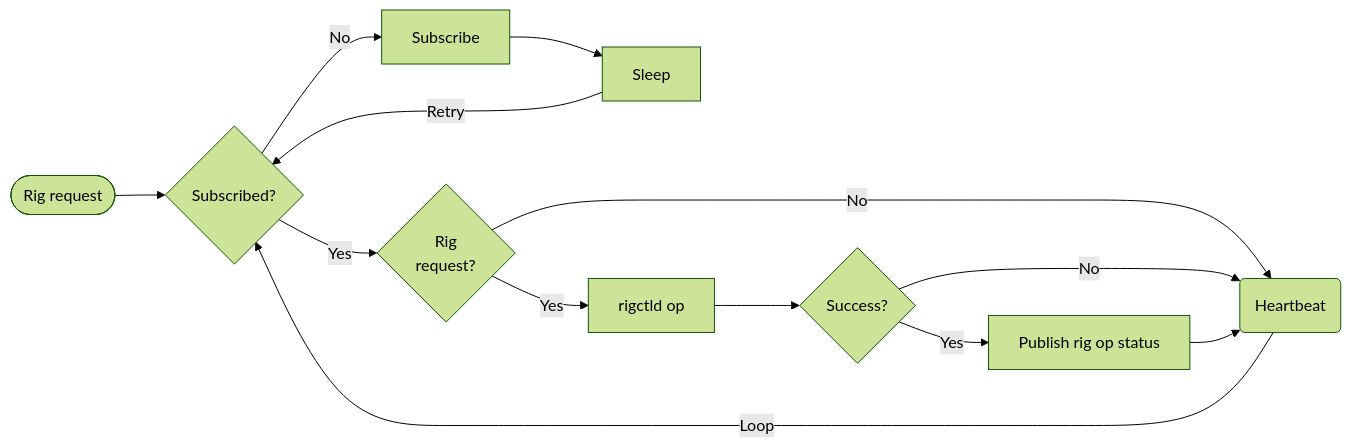
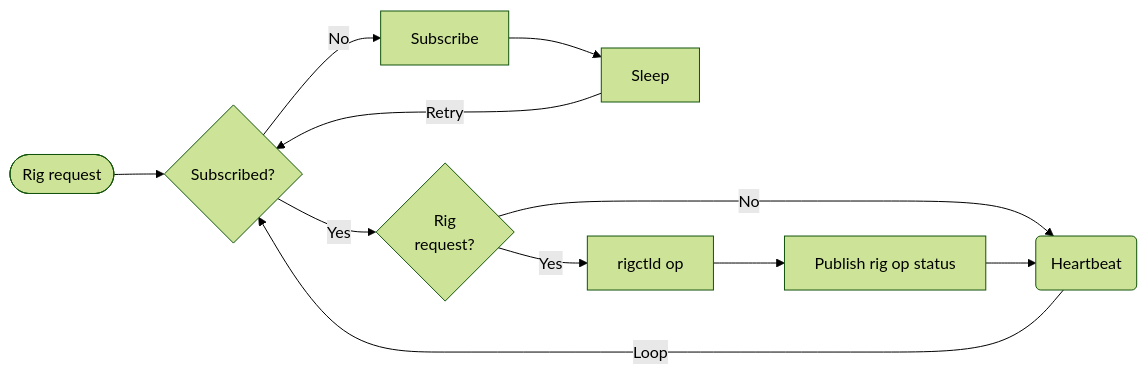
The second of 6 diagrams in doc/workflows.md (ckuhtz/ham), drawn with Mermaid (forest theme) before and after one commit. The commit also changed other lines of this file, not shown here.

````diff
--- a/doc/workflows.md
+++ b/doc/workflows.md
@@ -92,17 +95,15 @@
 ```mermaid
 flowchart LR;
     RigOp([Rig request]);
     Request0{Rig<br>request?}
     RigOp --> Subscribed0{Subscribed?};
     Subscribed0 -->|Yes| Request0;
     Subscribed0 -->|No| Subscribed1[Subscribe];
     Subscribed1 --> Sleep0[Sleep];
     Request0 -->|No| Heartbeat0(Heartbeat);
     Request0 -->|Yes| RigOp0[rigctld op];
     Sleep0 -->|Retry| Subscribed0;
-    RigOp0 --> RigOp1{Success?};
-    RigOp1 -->|Yes| Publish0[Publish rig op status];
-    RigOp1 -->|No| Heartbeat0;
+    RigOp0 --> Publish0[Publish rig op status];
     Publish0 --> Heartbeat0
     Heartbeat0 -->|Loop| Subscribed0;
 ```
````
